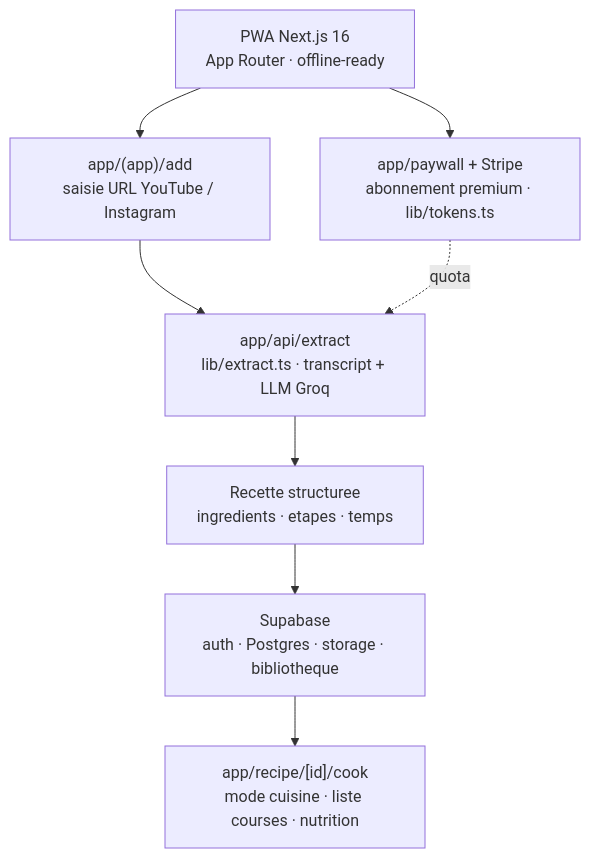
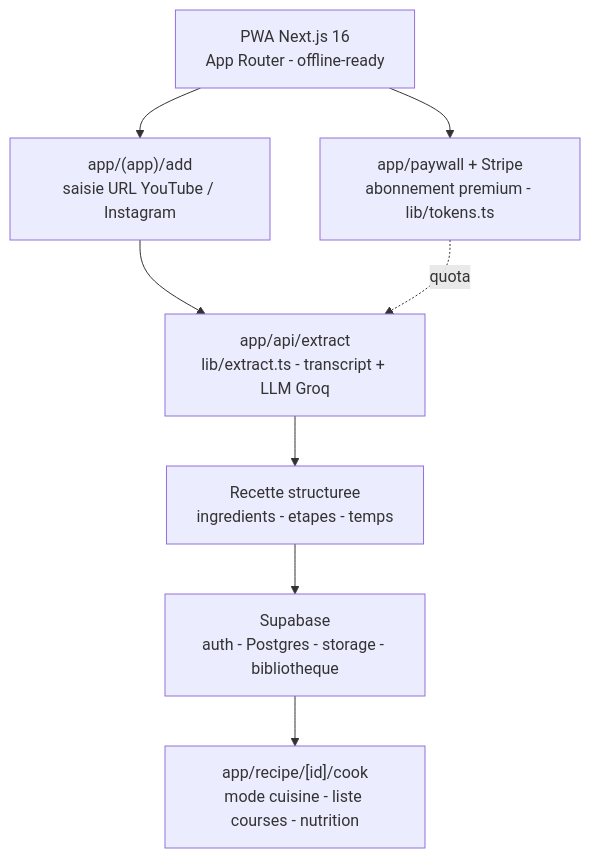
One commit to Adam-Blf/let-me-cook-v1 changed the diagram in README.md. Above: the diagram before and after it, drawn with Mermaid. The commit also changed other lines of this file, not shown here.

Commit message:
docs: typography pass, no em dash or middle dot (#1)

````diff
--- a/README.md
+++ b/README.md
@@ -19,15 +19,15 @@
 ```mermaid
 flowchart TB
-    USER["PWA Next.js 16<br/>App Router · offline-ready"]
+    USER["PWA Next.js 16<br/>App Router - offline-ready"]
     ADD["app/(app)/add<br/>saisie URL YouTube / Instagram"]
-    EXTRACT["app/api/extract<br/>lib/extract.ts · transcript + LLM Groq"]
-    RECIPE["Recette structuree<br/>ingredients · etapes · temps"]
-    SUPA["Supabase<br/>auth · Postgres · storage · bibliotheque"]
-    COOK["app/recipe/[id]/cook<br/>mode cuisine · liste courses · nutrition"]
-    PAY["app/paywall + Stripe<br/>abonnement premium · lib/tokens.ts"]
+    EXTRACT["app/api/extract<br/>lib/extract.ts - transcript + LLM Groq"]
+    RECIPE["Recette structuree<br/>ingredients - etapes - temps"]
+    SUPA["Supabase<br/>auth - Postgres - storage - bibliotheque"]
+    COOK["app/recipe/[id]/cook<br/>mode cuisine - liste courses - nutrition"]
+    PAY["app/paywall + Stripe<br/>abonnement premium - lib/tokens.ts"]
 
     USER --> ADD --> EXTRACT --> RECIPE --> SUPA
     SUPA --> COOK
     USER --> PAY
     PAY -.quota.-> EXTRACT
 ```
````
